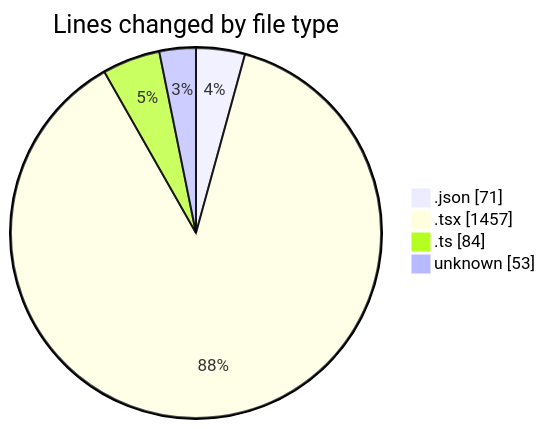
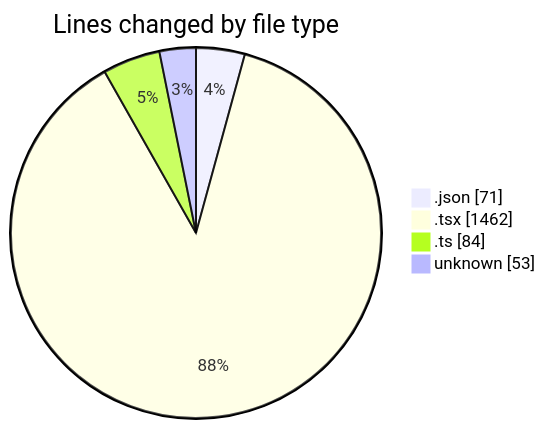
The first of 2 diagrams in 2026-01-29/cda/README.md (momahboobian/code-tracking), drawn with Mermaid before and after one commit. The commit also changed other lines of this file and 1 other file, not shown here.

````diff
--- a/2026-01-29/cda/README.md
+++ b/2026-01-29/cda/README.md
@@ -23,8 +23,8 @@
 ```mermaid
 pie showData
 title Lines changed by file type
 ".json" : 71
-".tsx" : 1457
+".tsx" : 1462
 ".ts" : 84
 "unknown" : 53
 ```
````
